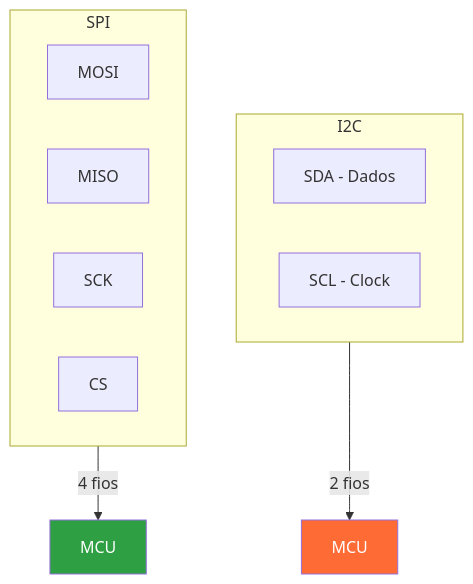
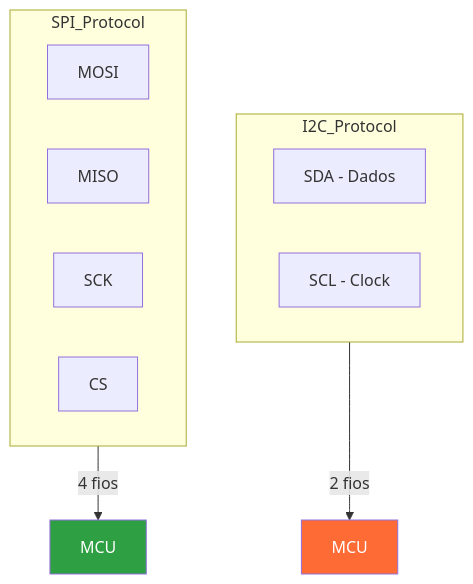
One commit to ViniciusCMB/telemetry-trainee-program changed the second of 2 diagrams in docs/trilhas/sensors.md. Above: the diagram before and after it, drawn with Mermaid. The commit also changed other lines of this file and 8 other files, not shown here.

First line of the commit message:
fix: corrige syntaxe Mermaid flowcharts para exibicao web

````diff
--- a/docs/trilhas/sensors.md
+++ b/docs/trilhas/sensors.md
@@ -52,20 +52,20 @@
 ```mermaid
 graph TB
-    subgraph I2C
+    subgraph I2C_Protocol
         SDA[SDA - Dados]
         SCL[SCL - Clock]
     end
     
-    subgraph SPI
+    subgraph SPI_Protocol
         MOSI[MOSI]
         MISO[MISO]
         SCK[SCK]
         CS[CS]
     end
     
-    I2C -->|2 fios| MCU1[MCU]
-    SPI -->|4 fios| MCU2[MCU]
+    I2C_Protocol -->|2 fios| MCU1[MCU]
+    SPI_Protocol -->|4 fios| MCU2[MCU]
     
     style MCU1 fill:#ff6b35,color:#fff
     style MCU2 fill:#2ea043,color:#fff
 ```
````
